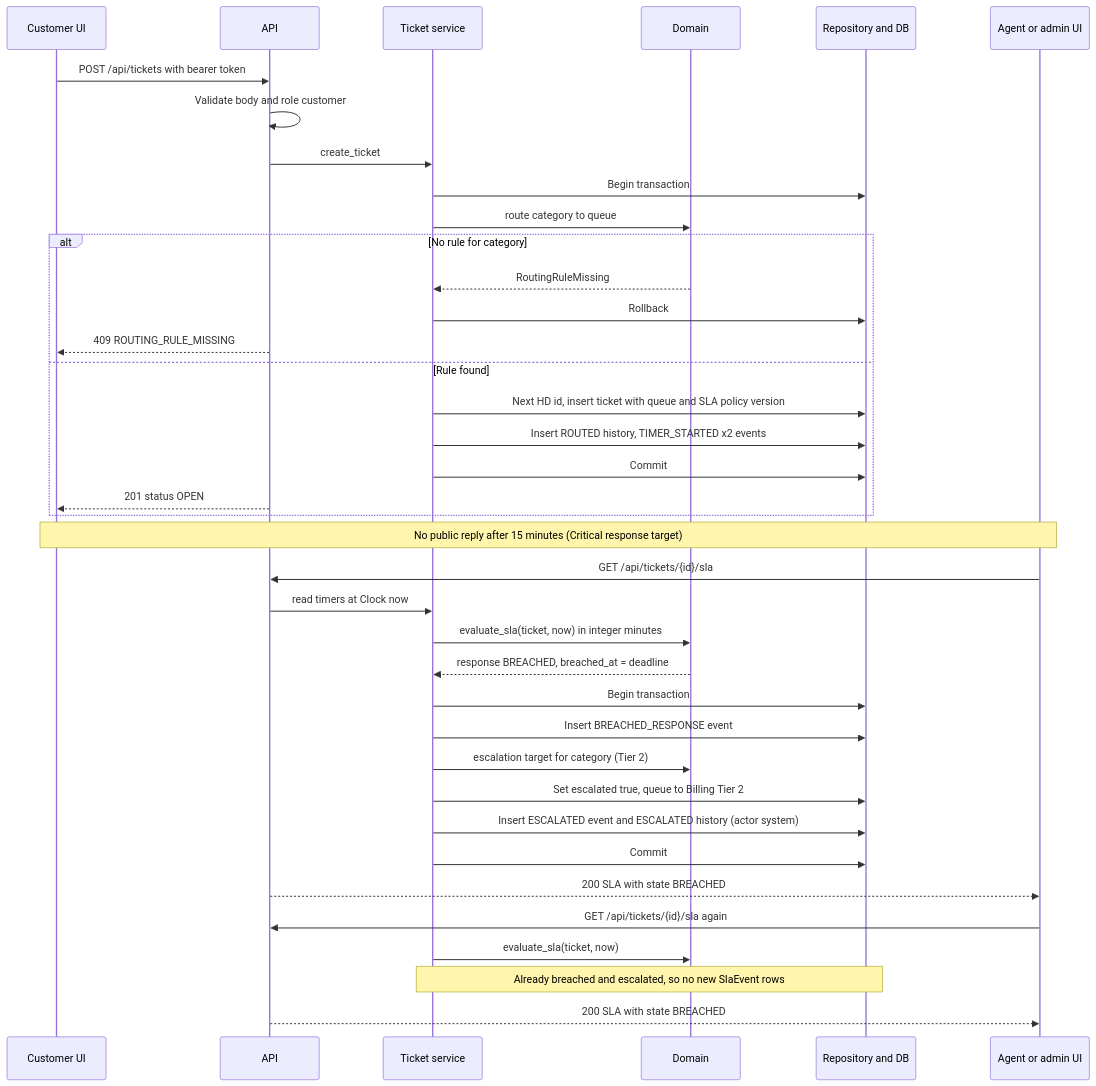
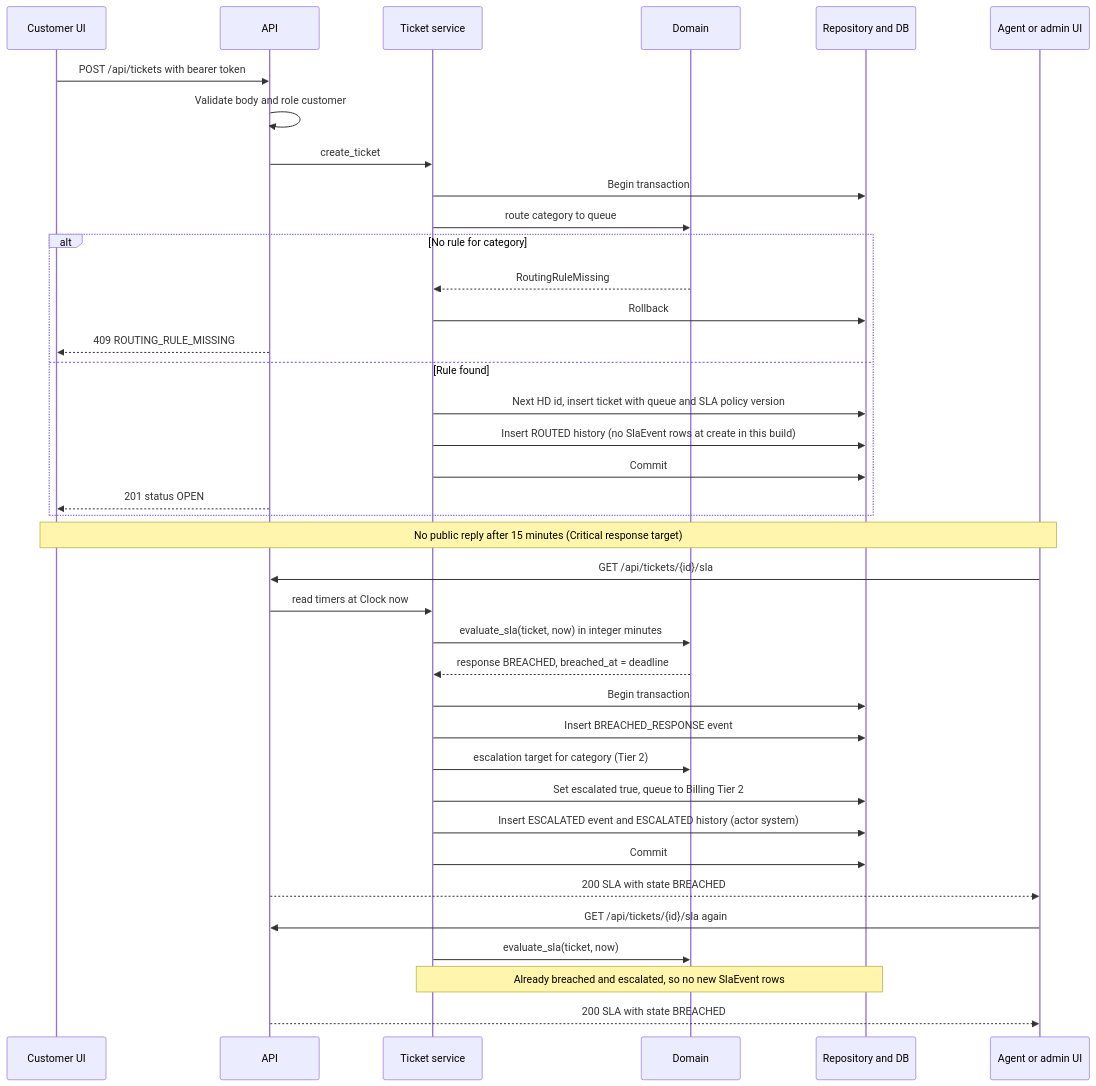
The second of 2 diagrams in docs/architecture.md (prasnjha/helpdesk-pro), drawn with Mermaid before and after one commit. The commit also changed other lines of this file and 4 other files, not shown here.

````diff
--- a/docs/architecture.md
+++ b/docs/architecture.md
@@ -37,44 +37,44 @@
 ```mermaid
 sequenceDiagram
     participant C as Customer UI
     participant API as API
     participant SVC as Ticket service
     participant DOM as Domain
     participant DB as Repository and DB
     participant A as Agent or admin UI
 
     C->>API: POST /api/tickets with bearer token
     API->>API: Validate body and role customer
     API->>SVC: create_ticket
     SVC->>DB: Begin transaction
     SVC->>DOM: route category to queue
     alt No rule for category
         DOM-->>SVC: RoutingRuleMissing
         SVC->>DB: Rollback
         API-->>C: 409 ROUTING_RULE_MISSING
     else Rule found
         SVC->>DB: Next HD id, insert ticket with queue and SLA policy version
-        SVC->>DB: Insert ROUTED history, TIMER_STARTED x2 events
+        SVC->>DB: Insert ROUTED history (no SlaEvent rows at create in this build)
         SVC->>DB: Commit
         API-->>C: 201 status OPEN
     end
 
     Note over C,A: No public reply after 15 minutes (Critical response target)
 
     A->>API: GET /api/tickets/{id}/sla
     API->>SVC: read timers at Clock now
     SVC->>DOM: evaluate_sla(ticket, now) in integer minutes
     DOM-->>SVC: response BREACHED, breached_at = deadline
     SVC->>DB: Begin transaction
     SVC->>DB: Insert BREACHED_RESPONSE event
     SVC->>DOM: escalation target for category (Tier 2)
     SVC->>DB: Set escalated true, queue to Billing Tier 2
     SVC->>DB: Insert ESCALATED event and ESCALATED history (actor system)
     SVC->>DB: Commit
     API-->>A: 200 SLA with state BREACHED
 
     A->>API: GET /api/tickets/{id}/sla again
     SVC->>DOM: evaluate_sla(ticket, now)
     Note over SVC,DB: Already breached and escalated, so no new SlaEvent rows
     API-->>A: 200 SLA with state BREACHED
 ```
````
